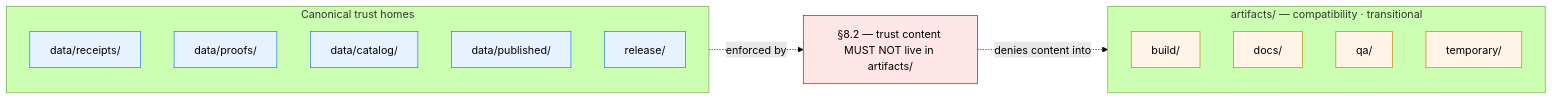
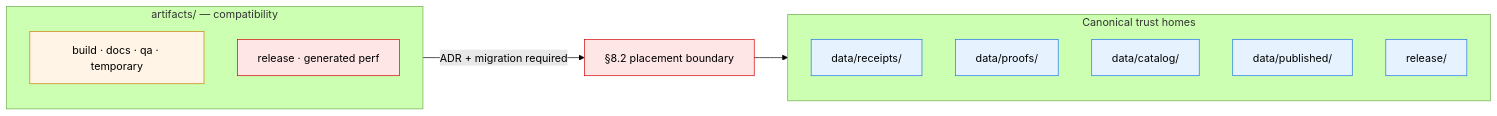
Before and after one commit to bartytime4life/Kansas-Frontier-Matrix: the diagram in artifacts/README.md, drawn with Mermaid (forest theme). The commit also changed other lines of this file and 2 other files, not shown here.

Commit message:
docs(artifacts): reconcile compatibility boundary

````diff
--- a/artifacts/README.md
+++ b/artifacts/README.md
@@ -157,27 +187,25 @@
 ```mermaid
 flowchart LR
   classDef canon fill:#e6f3ff,stroke:#1a73e8,color:#000;
   classDef compat fill:#fff4e5,stroke:#c87f00,color:#000;
   classDef rule fill:#ffe6e6,stroke:#c00,color:#000;
 
   subgraph CANON["Canonical trust homes"]
     direction TB
     R["data/receipts/"]:::canon
     P["data/proofs/"]:::canon
     CAT["data/catalog/"]:::canon
     PUB["data/published/"]:::canon
     REL["release/"]:::canon
   end
 
-  subgraph ART["artifacts/ — compatibility · transitional"]
+  subgraph ART["artifacts/ — compatibility"]
     direction TB
-    B["build/"]:::compat
-    D["docs/"]:::compat
-    Q["qa/"]:::compat
-    T["temporary/"]:::compat
+    OK["build · docs · qa · temporary"]:::compat
+    HOLD["release · generated perf"]:::rule
   end
 
-  RULE["§8.2 — trust content MUST NOT live in artifacts/"]:::rule
-  CANON -.->|enforced by| RULE
-  RULE -.->|denies content into| ART
+  RULE["§8.2 placement boundary"]:::rule
+  HOLD -->|ADR + migration required| RULE
+  RULE --> CANON
 ```
````
